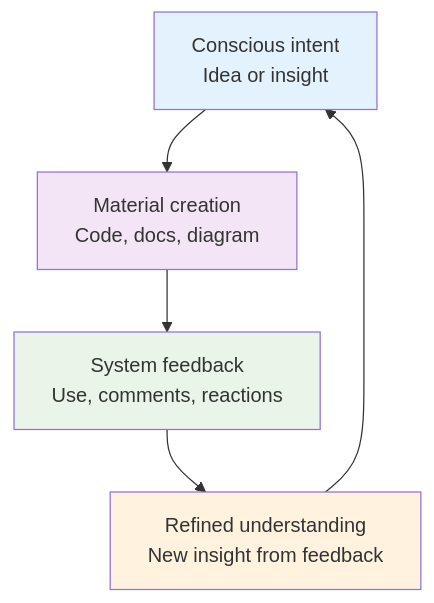
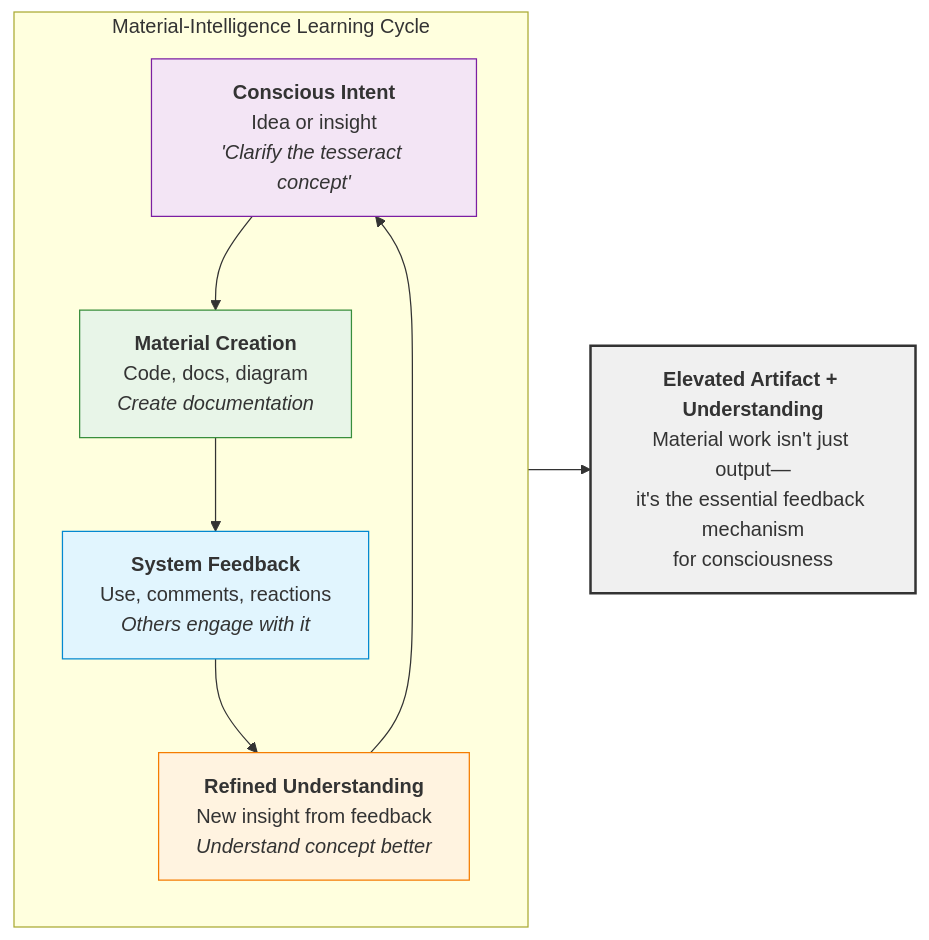
Before and after one commit to ravaioli/solarpunk-mandala: the fifth of 6 diagrams in docs/core-model/07-material-intelligence-framework.md, drawn with Mermaid. The commit also changed other lines of this file, not shown here.

````diff
--- a/docs/core-model/07-material-intelligence-framework.md
+++ b/docs/core-model/07-material-intelligence-framework.md
@@ -163,12 +233,19 @@
 ```mermaid
-flowchart TD
-    A["Conscious intent<br/>Idea or insight"] --> B["Material creation<br/>Code, docs, diagram"]
-    B --> C["System feedback<br/>Use, comments, reactions"]
-    C --> D["Refined understanding<br/>New insight from feedback"]
-    D --> A
+flowchart LR
+    subgraph Cycle["Material-Intelligence Learning Cycle"]
+        A["<b>Conscious Intent</b><br>Idea or insight<br><i>'Clarify the tesseract concept'</i>"]
+        B["<b>Material Creation</b><br>Code, docs, diagram<br><i>Create documentation</i>"]
+        C["<b>System Feedback</b><br>Use, comments, reactions<br><i>Others engage with it</i>"]
+        D["<b>Refined Understanding</b><br>New insight from feedback<br><i>Understand concept better</i>"]
+        
+        A --> B --> C --> D --> A
+    end
     
-    style A fill:#e3f2fd
-    style B fill:#f3e5f5
-    style C fill:#e8f5e8
-    style D fill:#fff3e0
+    Cycle --> Outcome["<b>Elevated Artifact + Understanding</b><br>Material work isn't just output—<br>it's the essential feedback mechanism<br>for consciousness"]
+    
+    style A fill:#f3e5f5,stroke:#7b1fa2
+    style B fill:#e8f5e8,stroke:#388e3c
+    style C fill:#e1f5fe,stroke:#0288d1
+    style D fill:#fff3e0,stroke:#f57c00
+    style Outcome fill:#f0f0f0,stroke:#333,stroke-width:2px
 ```
````
